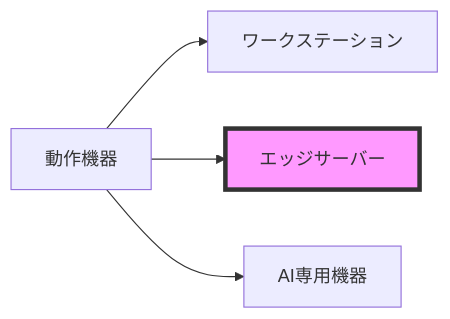
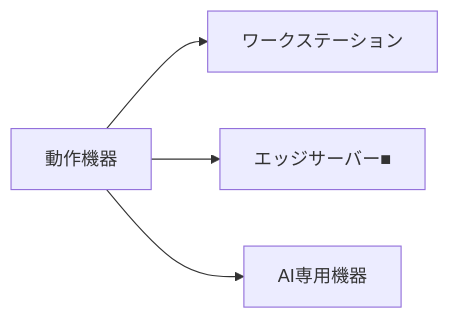
The fourth of 10 diagrams in README.md (SparklingDetergent/doc_genai_Using_Generative_AI_with_Mac_Mini_-Introduction-), drawn with Mermaid before and after one commit. The commit also changed other lines of this file, not shown here.

````diff
--- a/README.md
+++ b/README.md
@@ -59,7 +55,6 @@
 ```mermaid
 graph LR
     A[動作機器] --> B[ワークステーション]
-    A --> C[エッジサーバー]
+    A --> C[エッジサーバー■]
     A --> D[AI専用機器]
-    style C fill:#f9f,stroke:#333,stroke-width:4px
 ```
````
